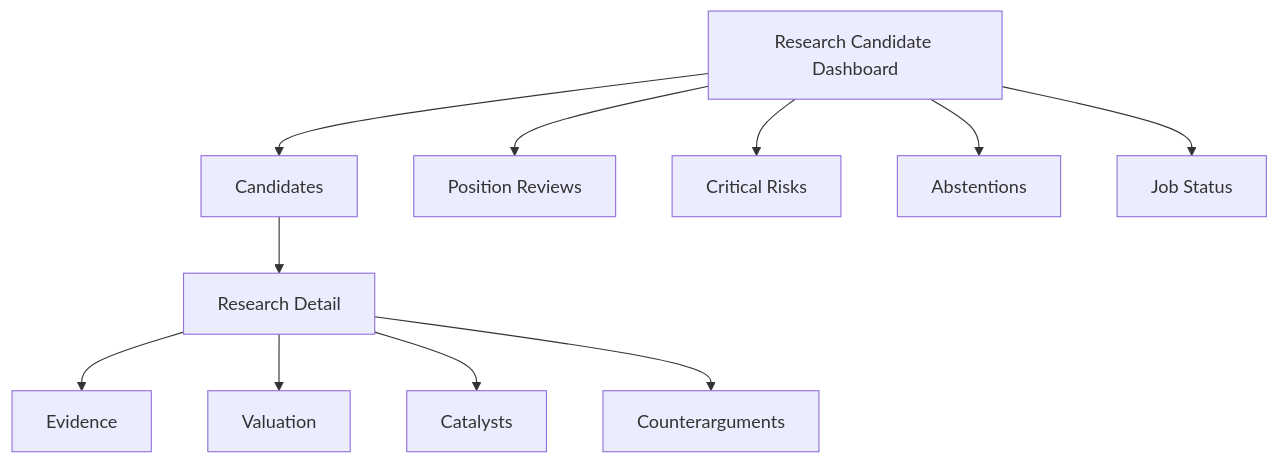
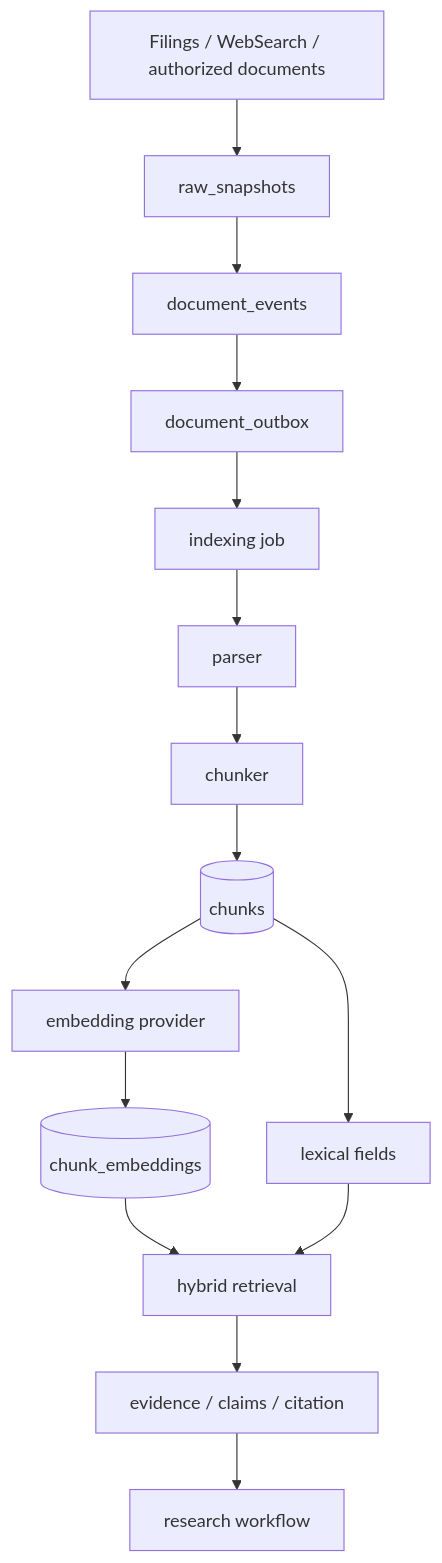
Before and after one commit to RickyW0529/Margin: the sixth of 8 diagrams in docs/design/v0.1/architecture/Margin_Architecture_Design_v0.1_EN.md, drawn with Mermaid. The commit also changed other lines of this file and 171 other files, not shown here.

````diff
--- a/docs/design/v0.1/architecture/Margin_Architecture_Design_v0.1_EN.md
+++ b/docs/design/v0.1/architecture/Margin_Architecture_Design_v0.1_EN.md
@@ -543,13 +212,17 @@
 ```mermaid
 flowchart TD
-    A[Research Candidate Dashboard] --> B[Candidates]
-    A --> C[Position Reviews]
-    A --> D[Critical Risks]
-    A --> E[Abstentions]
-    A --> F[Job Status]
-    B --> G[Research Detail]
-    G --> H[Evidence]
-    G --> I[Valuation]
-    G --> J[Catalysts]
-    G --> K[Counterarguments]
+    Source[Filings / WebSearch / authorized documents] --> Snapshot[raw_snapshots]
+    Snapshot --> Event[document_events]
+    Event --> Outbox[document_outbox]
+    Outbox --> Worker[indexing job]
+    Worker --> Parser[parser]
+    Parser --> Chunker[chunker]
+    Chunker --> Chunks[(chunks)]
+    Chunks --> Embedding[embedding provider]
+    Embedding --> Vectors[(chunk_embeddings)]
+    Chunks --> Keyword[lexical fields]
+    Vectors --> Retrieval[hybrid retrieval]
+    Keyword --> Retrieval
+    Retrieval --> Evidence[evidence / claims / citation]
+    Evidence --> Research[research workflow]
 ```
````
